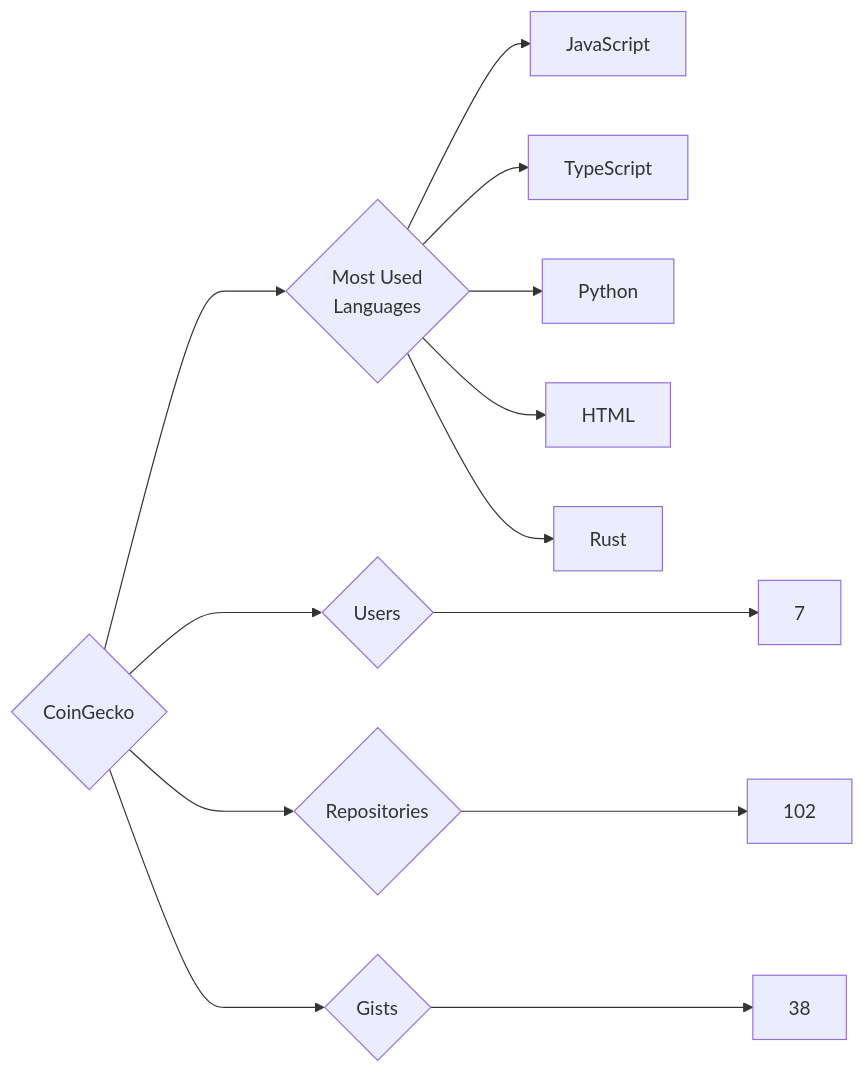
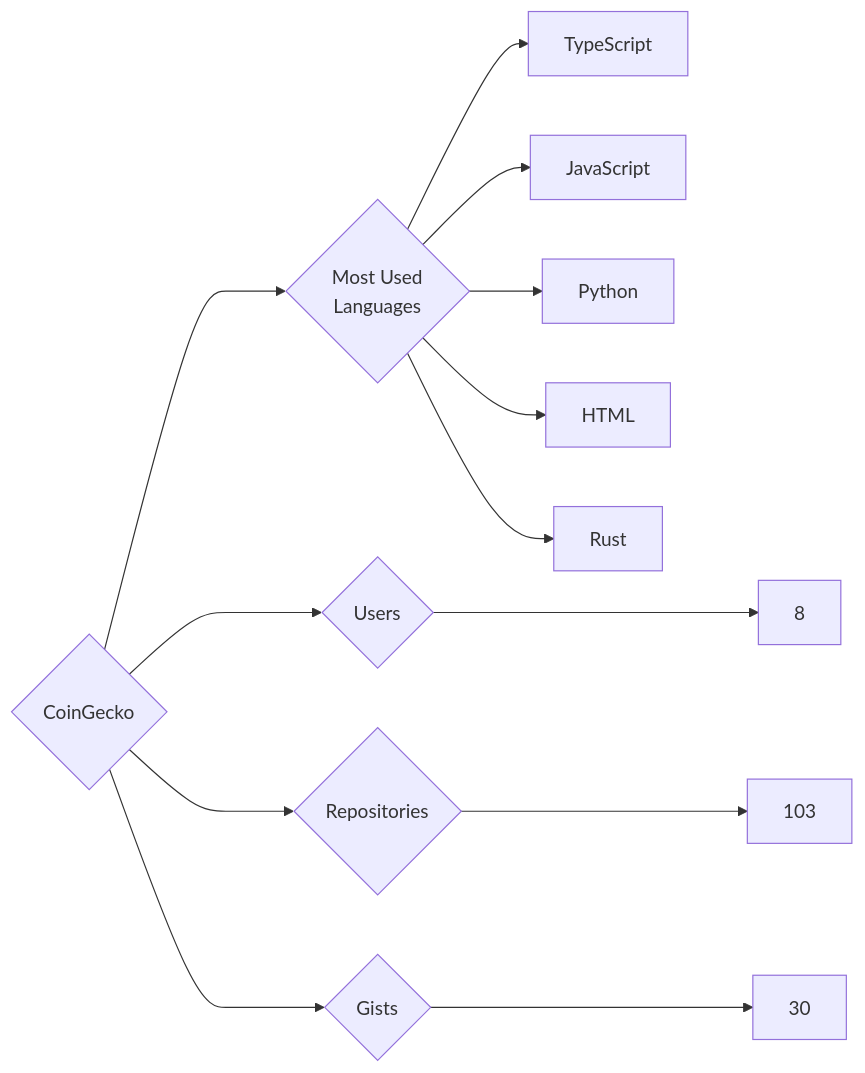
One commit to trickest/insiders changed the diagram in targets/CoinGecko/README.md. Above: the diagram before and after it, drawn with Mermaid. The commit also changed 1055 other files, not shown here.

````diff
--- a/targets/CoinGecko/README.md
+++ b/targets/CoinGecko/README.md
@@ -3,13 +3,13 @@
 ```mermaid
 graph LR
 COMPANY_NAME{CoinGecko}
-COMPANY_NAME ---> U{Users} ---> UN[7]
-COMPANY_NAME ---> R{Repositories} ---> RN[102]
-COMPANY_NAME ---> G{Gists} ---> GN[38]
+COMPANY_NAME ---> U{Users} ---> UN[8]
+COMPANY_NAME ---> R{Repositories} ---> RN[103]
+COMPANY_NAME ---> G{Gists} ---> GN[30]
 COMPANY_NAME ---> ML{Most Used<br>Languages}
+ML --> TypeScript[TypeScript]
 ML --> JavaScript[JavaScript]
-ML --> TypeScript[TypeScript]
 ML --> Python[Python]
 ML --> HTML[HTML]
 ML --> Rust[Rust]
 ```
````
